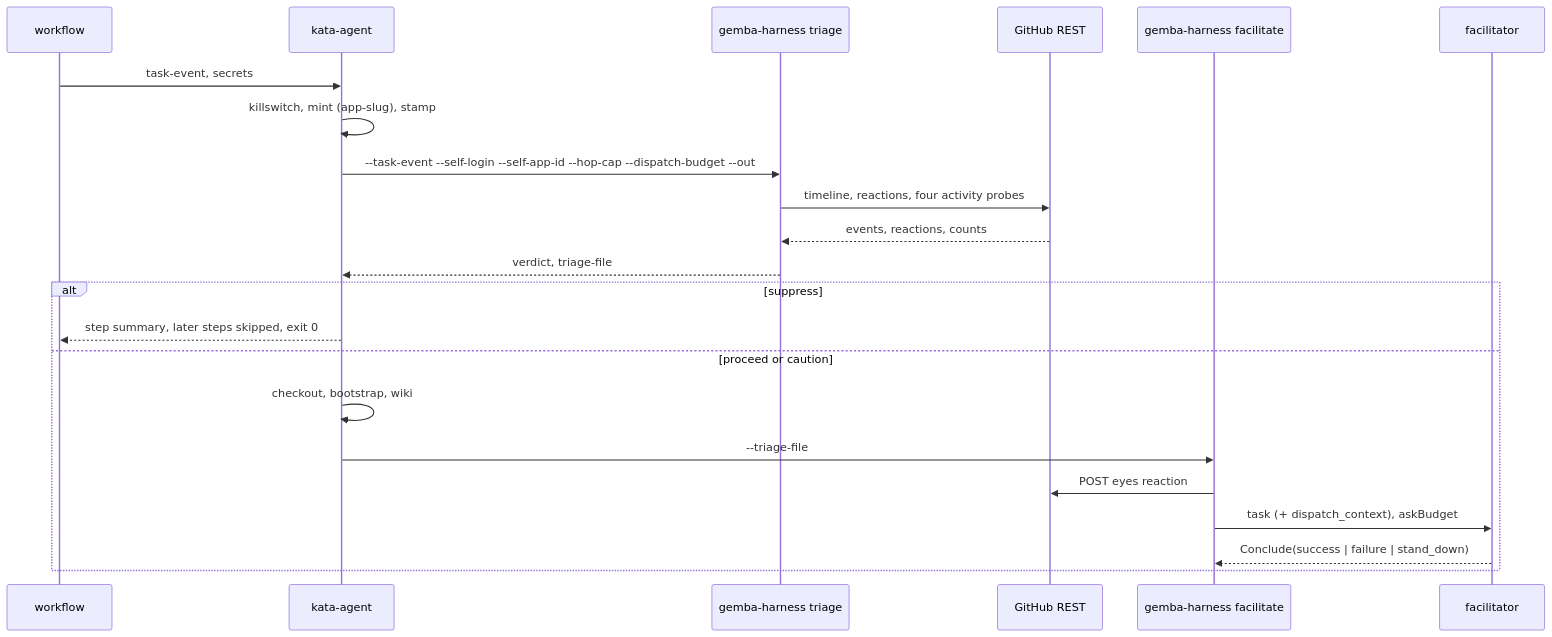
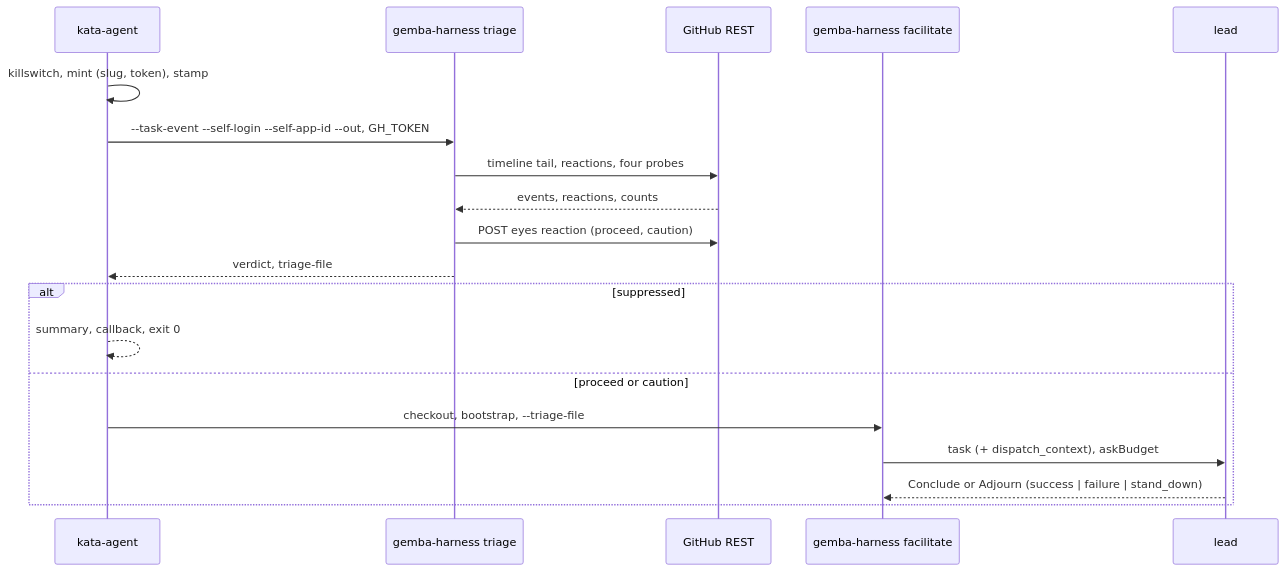
One commit to forwardimpact/monorepo changed the second of 2 diagrams in specs/2350-dispatch-chain-triage/design-a.md. Above: the diagram before and after it, drawn with Mermaid. The commit also changed other lines of this file and 1 other file, not shown here.

````diff
--- a/specs/2350-dispatch-chain-triage/design-a.md
+++ b/specs/2350-dispatch-chain-triage/design-a.md
@@ -137,24 +148,21 @@
 ```mermaid
 sequenceDiagram
-    participant W as workflow
     participant A as kata-agent
     participant T as gemba-harness triage
     participant G as GitHub REST
     participant H as gemba-harness facilitate
-    participant F as facilitator
-    W->>A: task-event, secrets
-    A->>A: killswitch, mint (app-slug), stamp
-    A->>T: --task-event --self-login --self-app-id --hop-cap --dispatch-budget --out
-    T->>G: timeline, reactions, four activity probes
+    participant F as lead
+    A->>A: killswitch, mint (slug, token), stamp
+    A->>T: --task-event --self-login --self-app-id --out, GH_TOKEN
+    T->>G: timeline tail, reactions, four probes
     G-->>T: events, reactions, counts
+    T->>G: POST eyes reaction (proceed, caution)
     T-->>A: verdict, triage-file
-    alt suppress
-        A-->>W: step summary, later steps skipped, exit 0
+    alt suppressed
+        A-->>A: summary, callback, exit 0
     else proceed or caution
-        A->>A: checkout, bootstrap, wiki
-        A->>H: --triage-file
-        H->>G: POST eyes reaction
+        A->>H: checkout, bootstrap, --triage-file
         H->>F: task (+ dispatch_context), askBudget
-        F-->>H: Conclude(success | failure | stand_down)
+        F-->>H: Conclude or Adjourn (success | failure | stand_down)
     end
 ```
````
